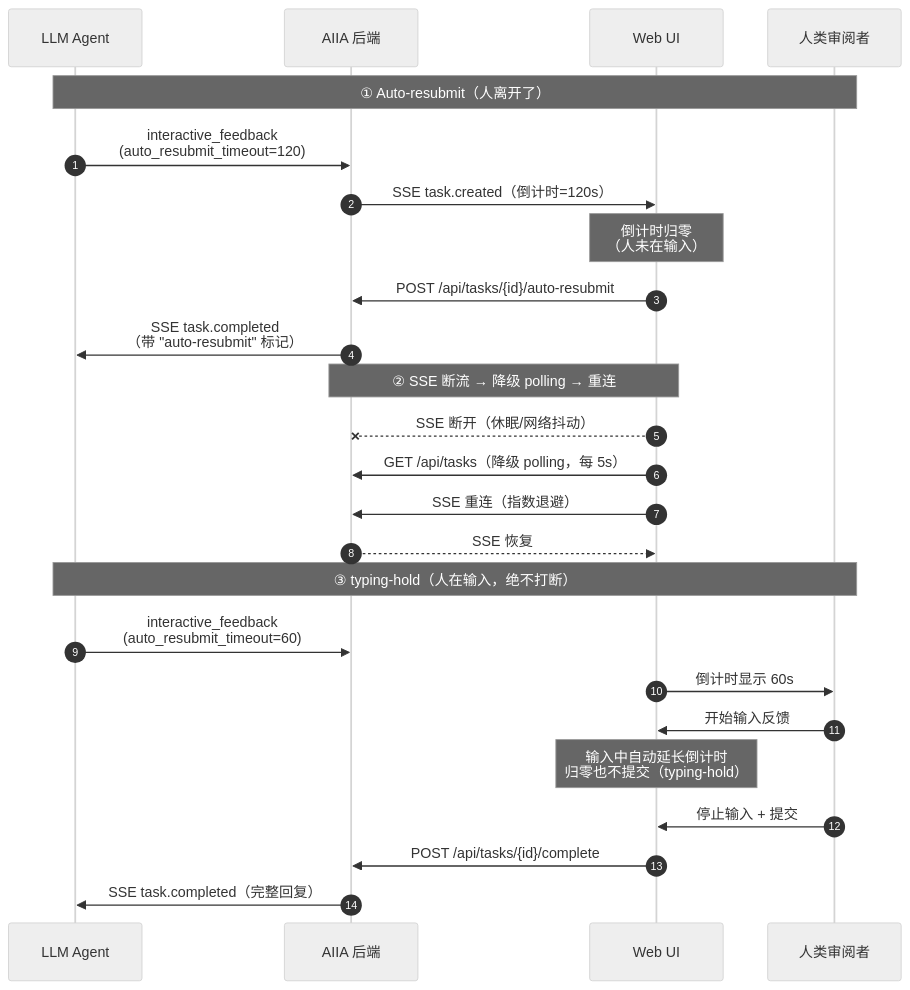
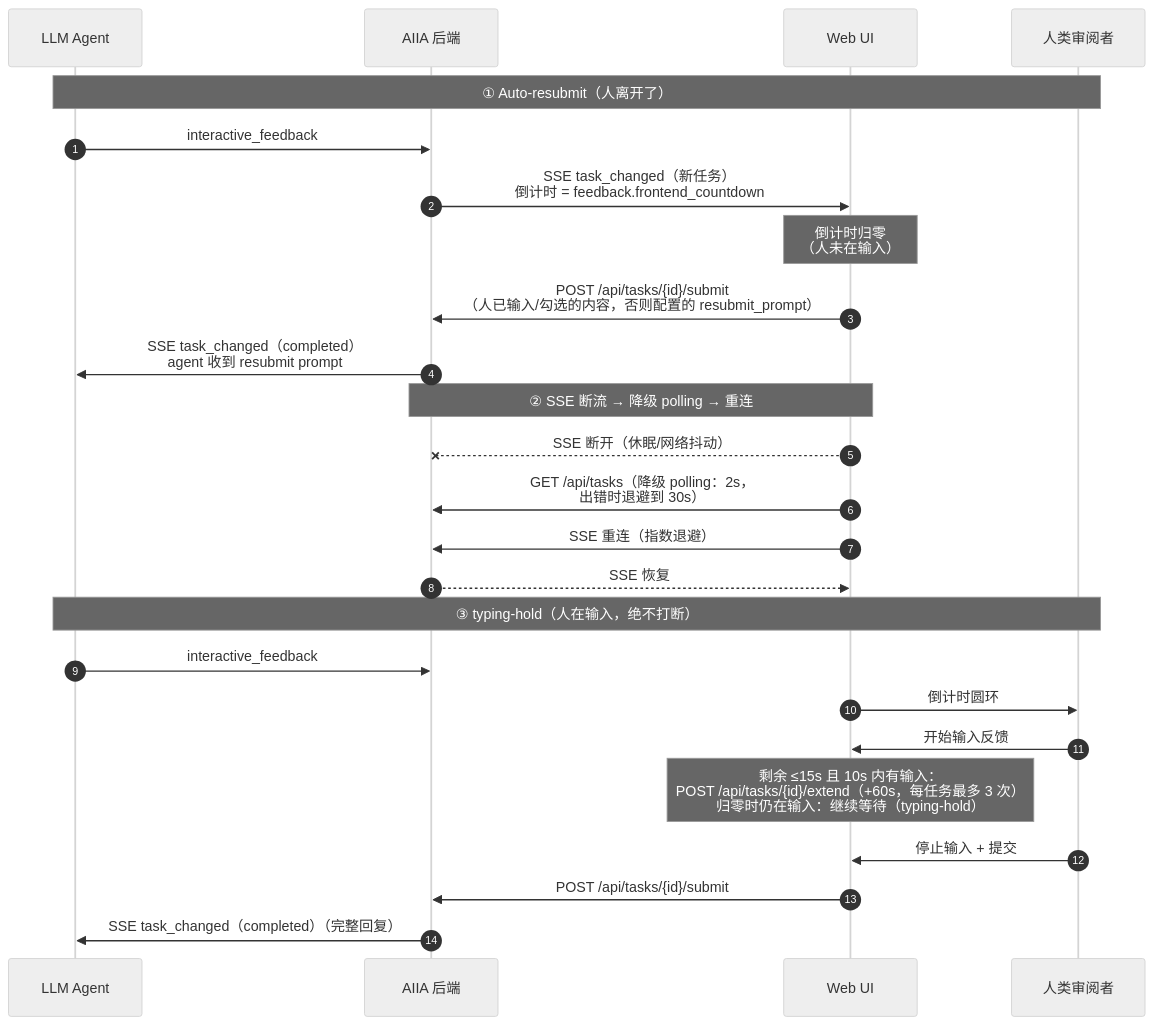
Before and after one commit to XIADENGMA/ai-intervention-agent: the third of 3 diagrams in docs/architecture.zh-CN.md, drawn with Mermaid (neutral theme). The commit also changed other lines of this file and 58 other files, not shown here.

````diff
--- a/docs/architecture.zh-CN.md
+++ b/docs/architecture.zh-CN.md
@@ -100,30 +100,30 @@
 ```mermaid
 sequenceDiagram
     autonumber
     participant Agent as LLM Agent
     participant AIIA as AIIA 后端
     participant UI as Web UI
     participant Human as 人类审阅者
 
     Note over Agent,Human: ① Auto-resubmit（人离开了）
-    Agent->>AIIA: interactive_feedback<br/>(auto_resubmit_timeout=120)
-    AIIA->>UI: SSE task.created（倒计时=120s）
+    Agent->>AIIA: interactive_feedback
+    AIIA->>UI: SSE task_changed（新任务）<br/>倒计时 = feedback.frontend_countdown
     Note over UI: 倒计时归零<br/>（人未在输入）
-    UI->>AIIA: POST /api/tasks/{id}/auto-resubmit
-    AIIA->>Agent: SSE task.completed<br/>（带 "auto-resubmit" 标记）
+    UI->>AIIA: POST /api/tasks/{id}/submit<br/>（人已输入/勾选的内容，否则配置的 resubmit_prompt）
+    AIIA->>Agent: SSE task_changed（completed）<br/>agent 收到 resubmit prompt
 
     Note over UI,AIIA: ② SSE 断流 → 降级 polling → 重连
     UI--xAIIA: SSE 断开（休眠/网络抖动）
-    UI->>AIIA: GET /api/tasks（降级 polling，每 5s）
+    UI->>AIIA: GET /api/tasks（降级 polling：2s，<br/>出错时退避到 30s）
     UI->>AIIA: SSE 重连（指数退避）
     AIIA-->>UI: SSE 恢复
 
     Note over Agent,Human: ③ typing-hold（人在输入，绝不打断）
-    Agent->>AIIA: interactive_feedback<br/>(auto_resubmit_timeout=60)
-    UI->>Human: 倒计时显示 60s
+    Agent->>AIIA: interactive_feedback
+    UI->>Human: 倒计时圆环
     Human->>UI: 开始输入反馈
-    Note over UI: 输入中自动延长倒计时<br/>归零也不提交（typing-hold）
+    Note over UI: 剩余 ≤15s 且 10s 内有输入：<br/>POST /api/tasks/{id}/extend（+60s，每任务最多 3 次）<br/>归零时仍在输入：继续等待（typing-hold）
     Human->>UI: 停止输入 + 提交
-    UI->>AIIA: POST /api/tasks/{id}/complete
-    AIIA->>Agent: SSE task.completed（完整回复）
+    UI->>AIIA: POST /api/tasks/{id}/submit
+    AIIA->>Agent: SSE task_changed（completed）（完整回复）
 ```
````
